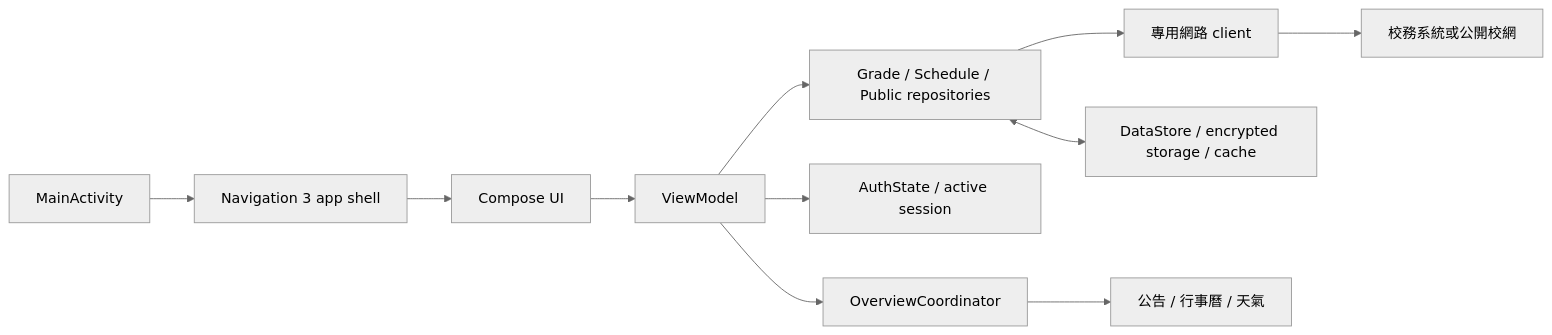
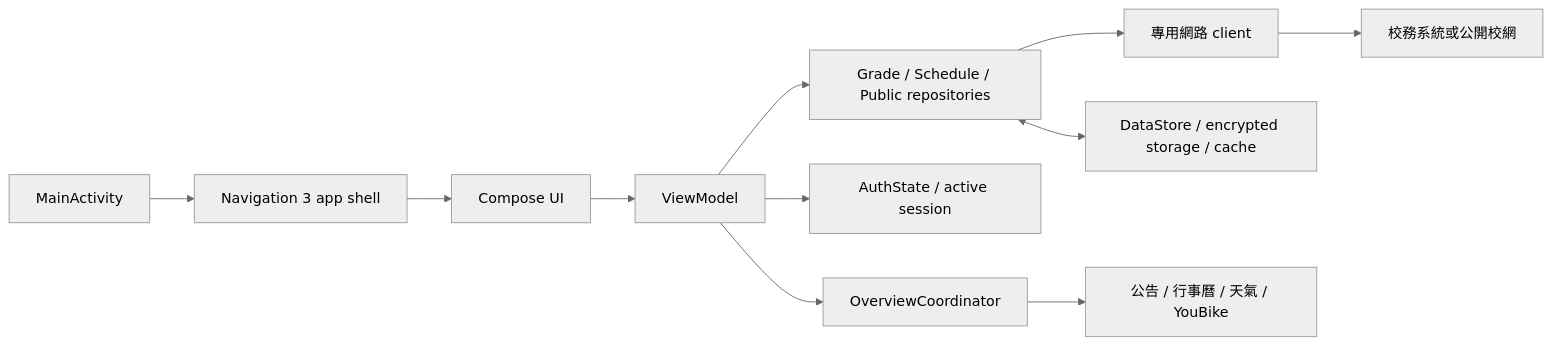
Before and after one commit to alvin000009238/clhs_pocket: the diagram in docs/architecture/overview.md, drawn with Mermaid (neutral theme). The commit also changed other lines of this file and 230 other files, not shown here.

````diff
--- a/docs/architecture/overview.md
+++ b/docs/architecture/overview.md
@@ -5,13 +5,13 @@
 ```mermaid
 flowchart LR
     UI[Compose UI] --> VM[ViewModel]
     VM --> Repo[Grade / Schedule / Public repositories]
     Repo --> Client[專用網路 client]
     Repo <--> Cache[DataStore / encrypted storage / cache]
     Client --> School[校務系統或公開校網]
     Main[MainActivity] --> Nav[Navigation 3 app shell]
     Nav --> UI
     VM --> Auth[AuthState / active session]
     VM --> Overview[OverviewCoordinator]
-    Overview --> Public[公告 / 行事曆 / 天氣]
+    Overview --> Public[公告 / 行事曆 / 天氣 / YouBike]
 ```
````
